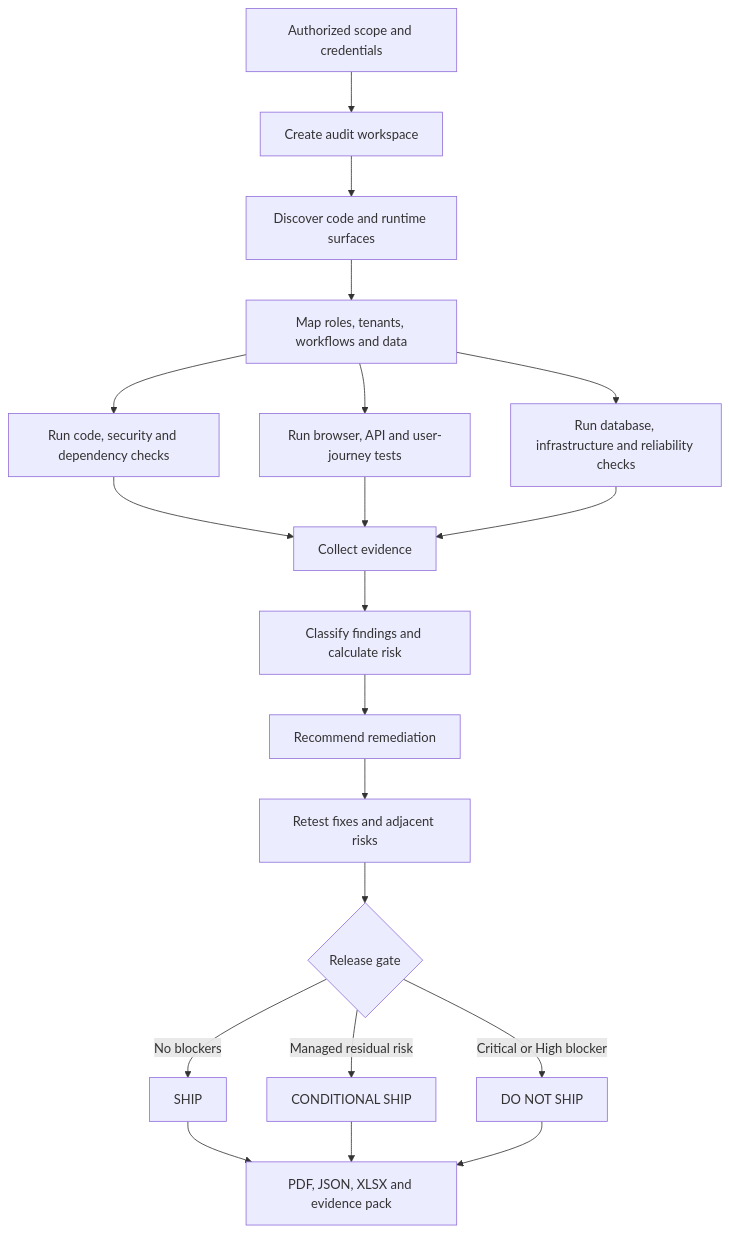
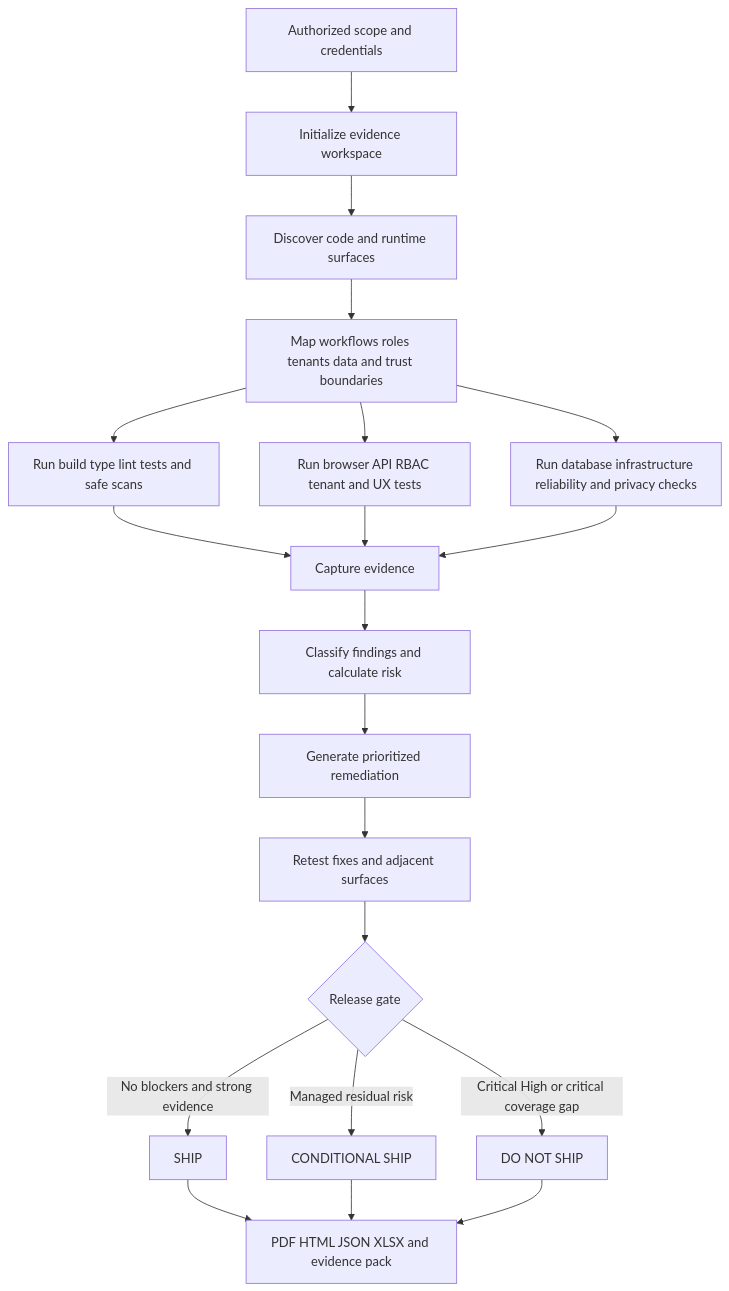
Before and after one commit to srksourabh/saas-audit: the fourth of 5 diagrams in README.md, drawn with Mermaid. The commit also changed other lines of this file, not shown here.

Commit message:
Redesign README with full coverage quality impact recommendations and Mermaid architecture

````diff
--- a/README.md
+++ b/README.md
@@ -32,22 +187,22 @@
 ```mermaid
 flowchart TD
-    A[Authorized scope and credentials] --> B[Create audit workspace]
+    A[Authorized scope and credentials] --> B[Initialize evidence workspace]
     B --> C[Discover code and runtime surfaces]
-    C --> D[Map roles, tenants, workflows and data]
-    D --> E[Run code, security and dependency checks]
-    D --> F[Run browser, API and user-journey tests]
-    D --> G[Run database, infrastructure and reliability checks]
-    E --> H[Collect evidence]
+    C --> D[Map workflows roles tenants data and trust boundaries]
+    D --> E[Run build type lint tests and safe scans]
+    D --> F[Run browser API RBAC tenant and UX tests]
+    D --> G[Run database infrastructure reliability and privacy checks]
+    E --> H[Capture evidence]
     F --> H
     G --> H
     H --> I[Classify findings and calculate risk]
-    I --> J[Recommend remediation]
-    J --> K[Retest fixes and adjacent risks]
+    I --> J[Generate prioritized remediation]
+    J --> K[Retest fixes and adjacent surfaces]
     K --> L{Release gate}
-    L -->|No blockers| M[SHIP]
+    L -->|No blockers and strong evidence| M[SHIP]
     L -->|Managed residual risk| N[CONDITIONAL SHIP]
-    L -->|Critical or High blocker| O[DO NOT SHIP]
-    M --> P[PDF, JSON, XLSX and evidence pack]
+    L -->|Critical High or critical coverage gap| O[DO NOT SHIP]
+    M --> P[PDF HTML JSON XLSX and evidence pack]
     N --> P
     O --> P
 ```
````
